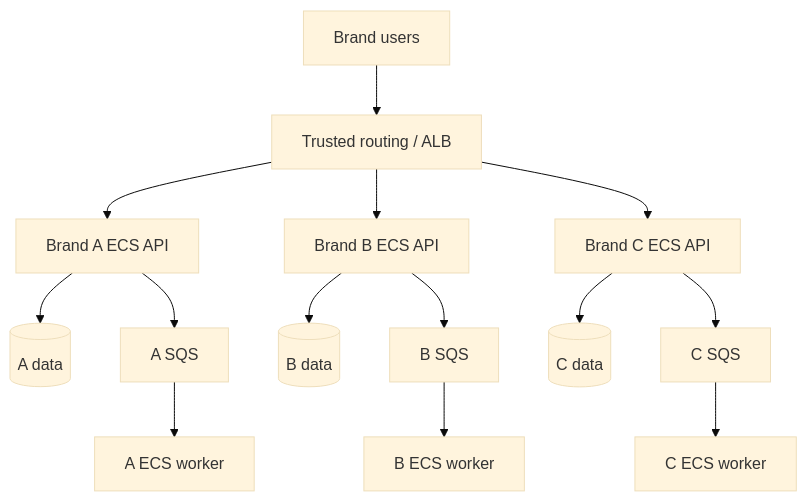
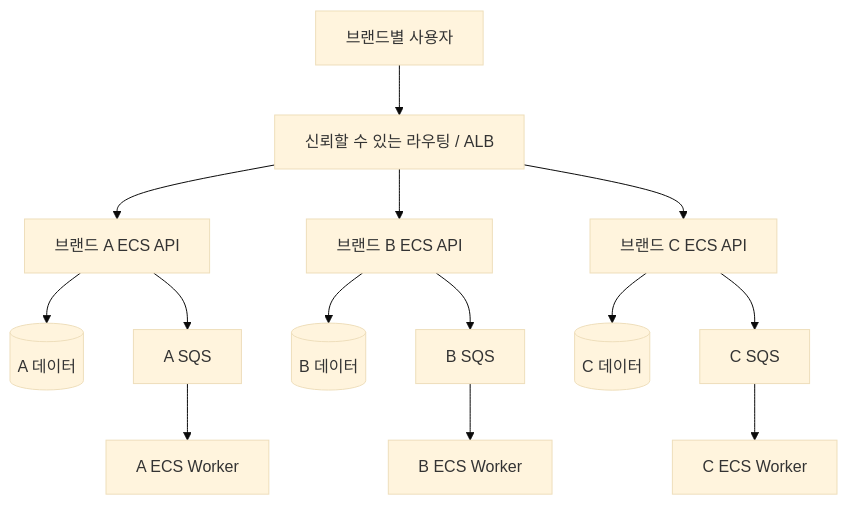
One commit to HwangChulHee/multi-tenant-saas-modernization changed the first of 2 diagrams in docs/02-architecture.md. Above: the diagram before and after it, drawn with Mermaid (base theme). The commit also changed other lines of this file, not shown here.

Commit message:
docs: translate docs/02-architecture.md into Korean

````diff
--- a/docs/02-architecture.md
+++ b/docs/02-architecture.md
@@ -7,13 +7,13 @@
 ```mermaid
 flowchart TB
-  U[Brand users] --> R[Trusted routing / ALB]
-  R --> A[Brand A ECS API]
-  R --> B[Brand B ECS API]
-  R --> C[Brand C ECS API]
-  A --> DA[(A data)]
-  B --> DB[(B data)]
-  C --> DC[(C data)]
-  A --> QA[A SQS] --> WA[A ECS worker]
-  B --> QB[B SQS] --> WB[B ECS worker]
-  C --> QC[C SQS] --> WC[C ECS worker]
+  U[브랜드별 사용자] --> R[신뢰할 수 있는 라우팅 / ALB]
+  R --> A[브랜드 A ECS API]
+  R --> B[브랜드 B ECS API]
+  R --> C[브랜드 C ECS API]
+  A --> DA[(A 데이터)]
+  B --> DB[(B 데이터)]
+  C --> DC[(C 데이터)]
+  A --> QA[A SQS] --> WA[A ECS Worker]
+  B --> QB[B SQS] --> WB[B ECS Worker]
+  C --> QC[C SQS] --> WC[C ECS Worker]
 ```
````
